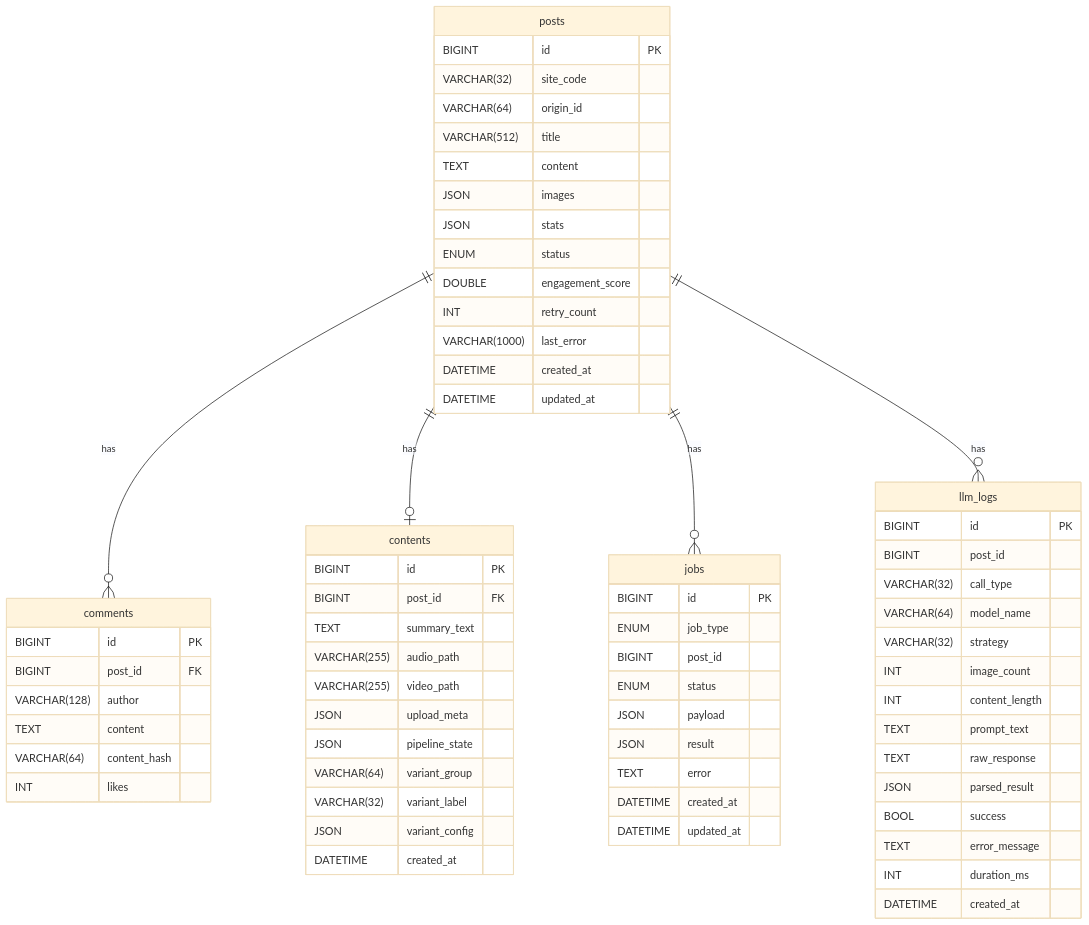
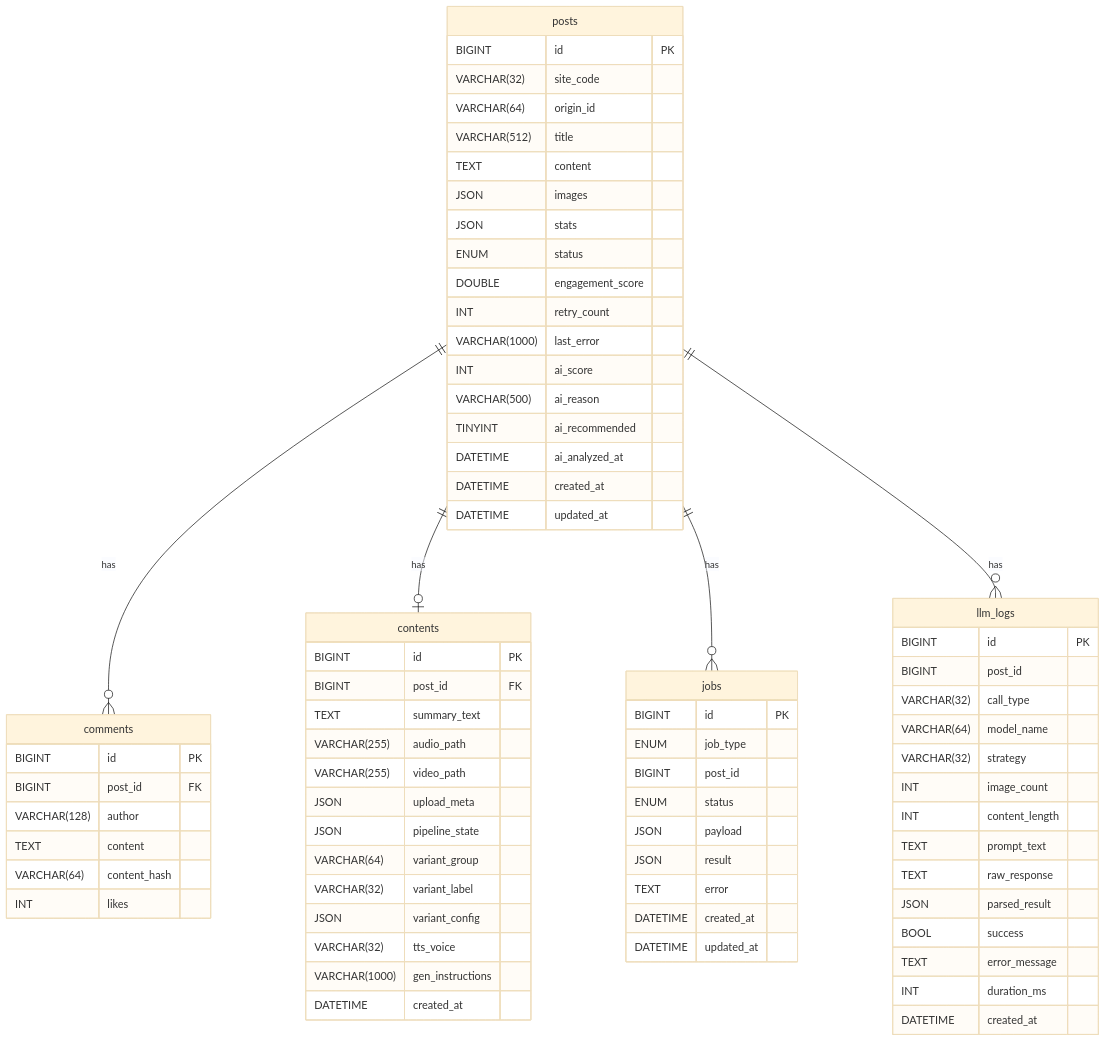
One commit to Justant-source/WaggleBot changed the diagram in docs/database.md. Above: the diagram before and after it, drawn with Mermaid (base theme). The commit also changed other lines of this file and 9 other files, not shown here.

````diff
--- a/docs/database.md
+++ b/docs/database.md
@@ -10,75 +10,81 @@
 ```mermaid
 erDiagram
     posts {
         BIGINT id PK
         VARCHAR(32) site_code
         VARCHAR(64) origin_id
         VARCHAR(512) title
         TEXT content
         JSON images
         JSON stats
         ENUM status
         DOUBLE engagement_score
         INT retry_count
         VARCHAR(1000) last_error
+        INT ai_score
+        VARCHAR(500) ai_reason
+        TINYINT ai_recommended
+        DATETIME ai_analyzed_at
         DATETIME created_at
         DATETIME updated_at
     }
 
     comments {
         BIGINT id PK
         BIGINT post_id FK
         VARCHAR(128) author
         TEXT content
         VARCHAR(64) content_hash
         INT likes
     }
 
     contents {
         BIGINT id PK
         BIGINT post_id FK
         TEXT summary_text
         VARCHAR(255) audio_path
         VARCHAR(255) video_path
         JSON upload_meta
         JSON pipeline_state
         VARCHAR(64) variant_group
         VARCHAR(32) variant_label
         JSON variant_config
+        VARCHAR(32) tts_voice
+        VARCHAR(1000) gen_instructions
         DATETIME created_at
     }
 
     jobs {
         BIGINT id PK
         ENUM job_type
         BIGINT post_id
         ENUM status
         JSON payload
         JSON result
         TEXT error
         DATETIME created_at
         DATETIME updated_at
     }
 
     llm_logs {
         BIGINT id PK
         BIGINT post_id
         VARCHAR(32) call_type
         VARCHAR(64) model_name
         VARCHAR(32) strategy
         INT image_count
         INT content_length
         TEXT prompt_text
         TEXT raw_response
         JSON parsed_result
         BOOL success
         TEXT error_message
         INT duration_ms
         DATETIME created_at
     }
 
     posts ||--o{ comments : "has"
     posts ||--o| contents : "has"
     posts ||--o{ jobs : "has"
     posts ||--o{ llm_logs : "has"
 ```
````
